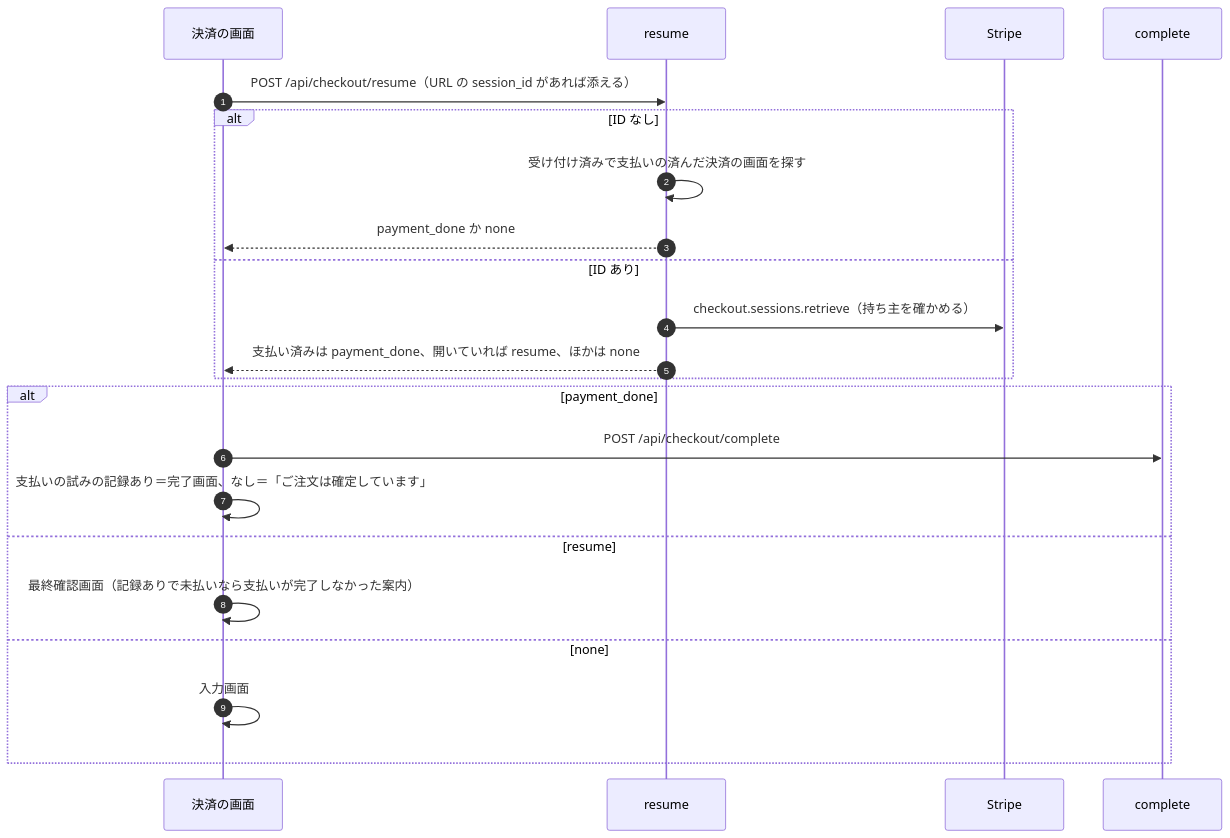
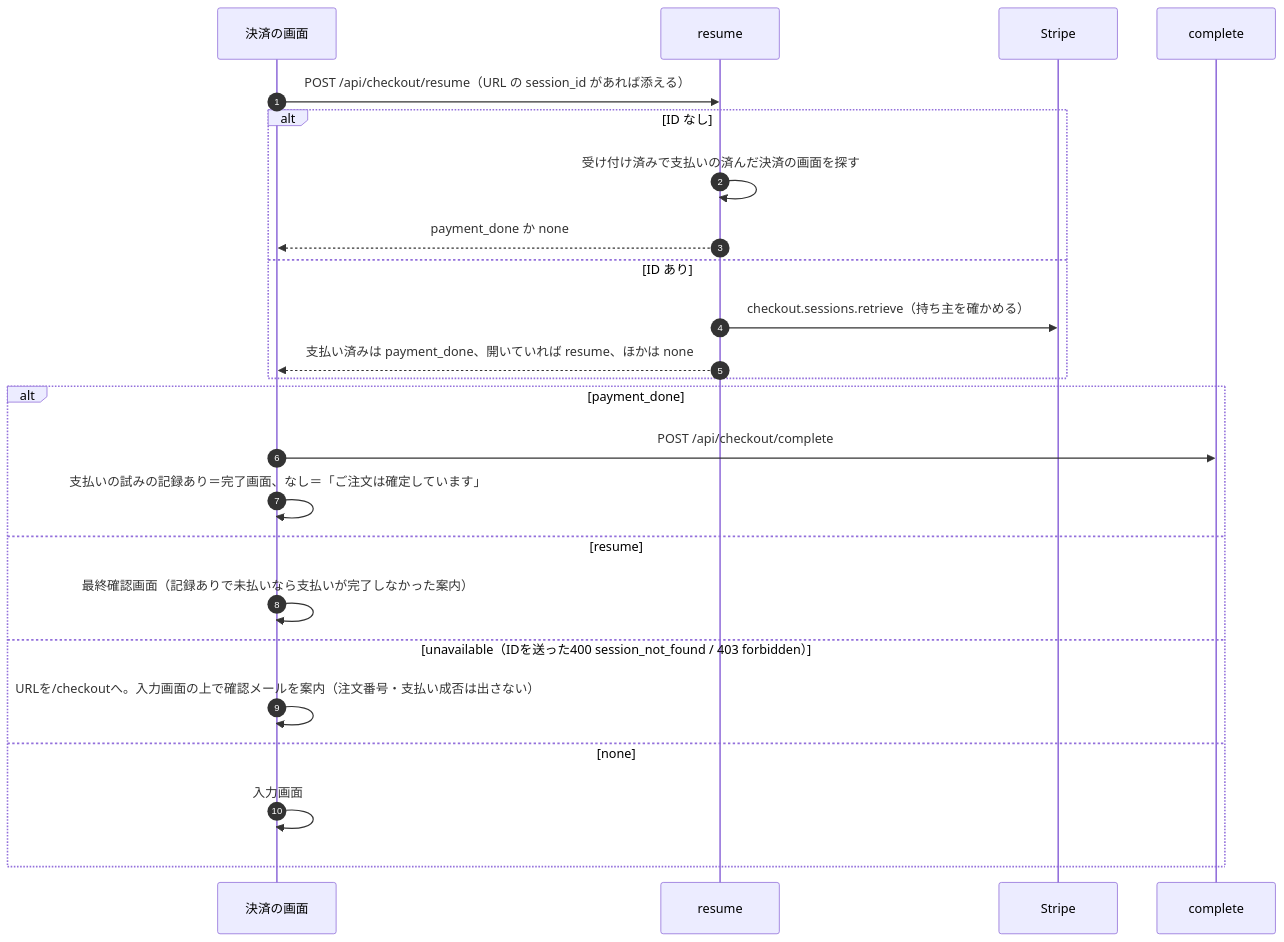
The third of 5 diagrams in docs/04_DetailDesign/sequence/checkout-payment.md (ChocoWork/o_official), drawn with Mermaid before and after one commit. The commit also changed other lines of this file and 5 other files, not shown here.

````diff
--- a/docs/04_DetailDesign/sequence/checkout-payment.md
+++ b/docs/04_DetailDesign/sequence/checkout-payment.md
@@ -125,24 +134,26 @@
 ```mermaid
 sequenceDiagram
     autonumber
     participant UI as 決済の画面
     participant R as resume
     participant Stripe as Stripe
     participant C as complete
     UI->>R: POST /api/checkout/resume（URL の session_id があれば添える）
     alt ID なし
         R->>R: 受け付け済みで支払いの済んだ決済の画面を探す
         R-->>UI: payment_done か none
     else ID あり
         R->>Stripe: checkout.sessions.retrieve（持ち主を確かめる）
         R-->>UI: 支払い済みは payment_done、開いていれば resume、ほかは none
     end
     alt payment_done
         UI->>C: POST /api/checkout/complete
         UI->>UI: 支払いの試みの記録あり＝完了画面、なし＝「ご注文は確定しています」
     else resume
         UI->>UI: 最終確認画面（記録ありで未払いなら支払いが完了しなかった案内）
+    else unavailable（IDを送った400 session_not_found / 403 forbidden）
+        UI->>UI: URLを/checkoutへ。入力画面の上で確認メールを案内（注文番号・支払い成否は出さない）
     else none
         UI->>UI: 入力画面
     end
 ```
````
